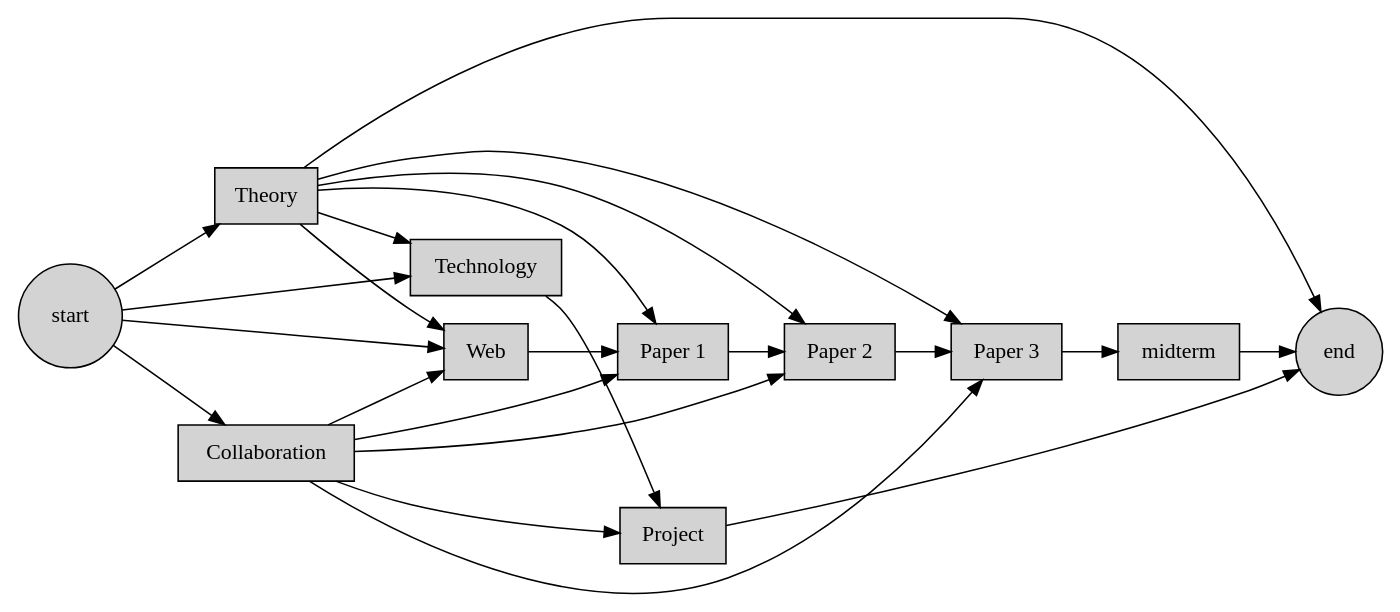
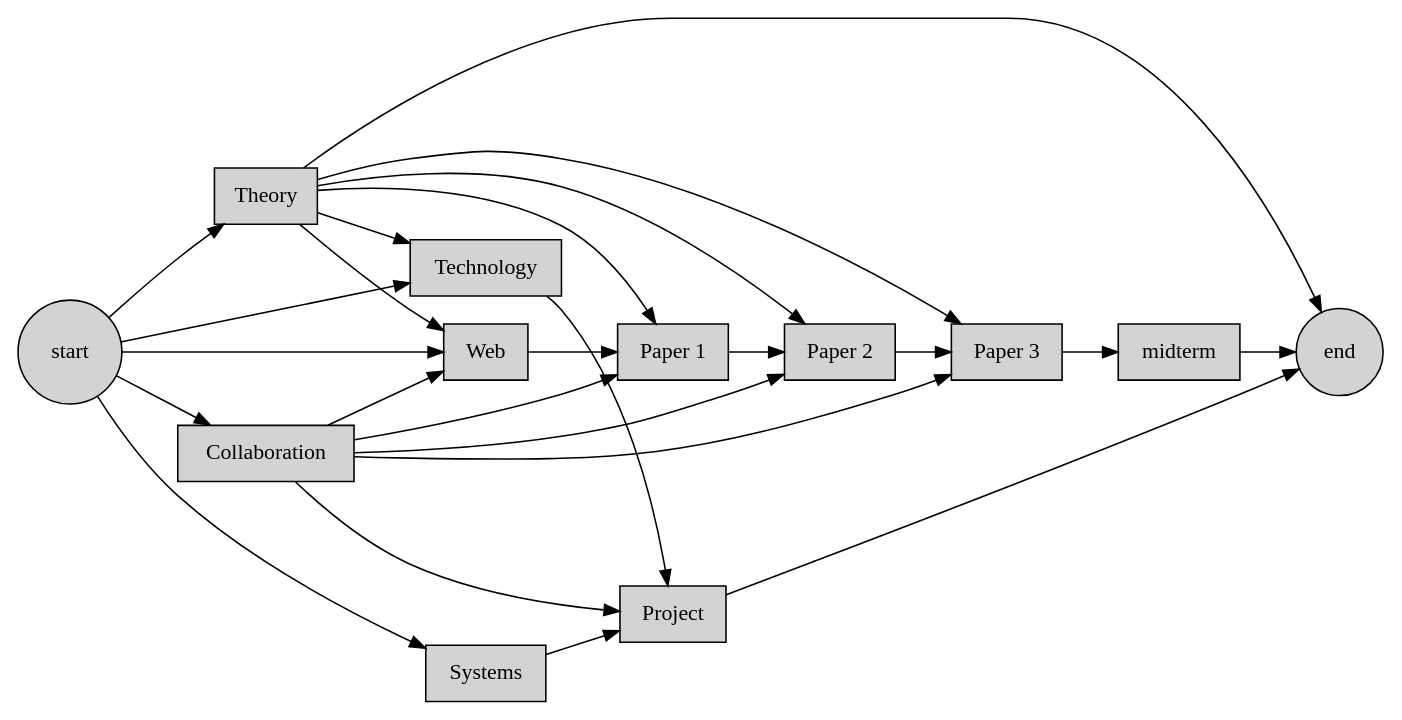
One commit to cloudmesh/classes changed the diagram in docs/source/i524/index.rst. Above: the diagram before and after it, drawn with Graphviz. The commit also changed 3 other files, not shown here.

```diff
--- a/docs/source/i524/index.rst
+++ b/docs/source/i524/index.rst
@@ -16,26 +16,28 @@
 .. graphviz::
 
    digraph class {
       rankdir="LR";
       node [shape=box,
             style=filled,
             fillcolor=lightgrey];
       "start" [shape=circle];
       "end" [shape=circle];      
       
       "start" -> "Technology";
       "start" -> "Collaboration";
+      "start" -> "Systems";
       "start" -> "Theory" -> "end";
       "start" -> "Web" -> "Paper 1" -> "Paper 2" -> "Paper 3" -> "midterm" -> "end";
       "Theory" -> "Technology" -> "Project";
       "Collaboration" -> "Project";
       "Collaboration" -> "Paper 1";
       "Collaboration" -> "Paper 2";
       "Collaboration" -> "Paper 3";
       "Collaboration" -> "Web";
+      "Systems" -> "Project";
       "Theory" -> "Web";
       "Theory" -> "Paper 1";
       "Theory" -> "Paper 2";
       "Theory" -> "Paper 3";   
       "Project" -> "end";            
    }
```
